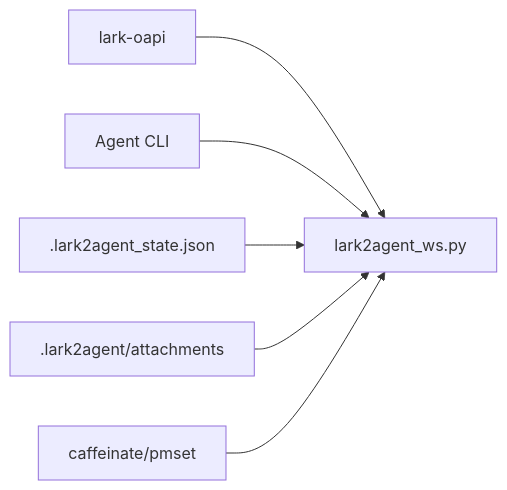
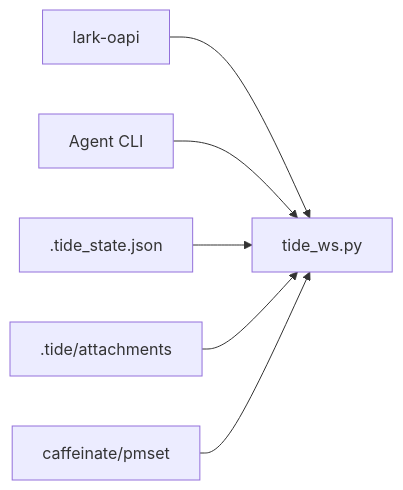
Before and after one commit to winditer/tide: the fourth of 4 diagrams in .qoder/repowiki/zh/content/部署和运维/监控和维护.md, drawn with Mermaid. The commit also changed other lines of this file and 260 other files, not shown here.

````diff
--- a/.qoder/repowiki/zh/content/部署和运维/监控和维护.md
+++ b/.qoder/repowiki/zh/content/部署和运维/监控和维护.md
@@ -240,8 +240,8 @@
 ```mermaid
 graph LR
-LarkSDK["lark-oapi"] --> WS["lark2agent_ws.py"]
+LarkSDK["lark-oapi"] --> WS["tide_ws.py"]
 Agents["Agent CLI"] --> WS
-State[".lark2agent_state.json"] --> WS
-Attach[".lark2agent/attachments"] --> WS
+State[".tide_state.json"] --> WS
+Attach[".tide/attachments"] --> WS
 Mac["caffeinate/pmset"] --> WS
 ```
````
